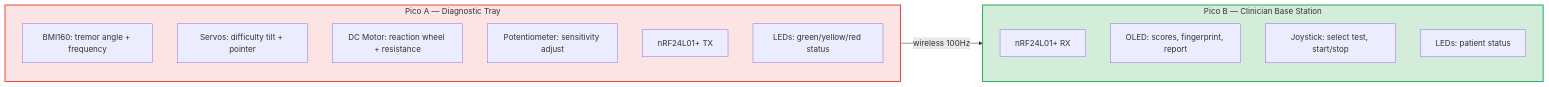
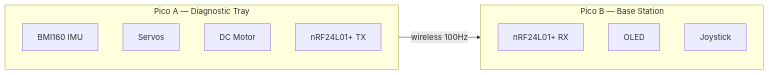
One commit to doyun-gu/hack-a-bot-2026 changed the second of 13 diagrams in docs/idea-shortlist-v2.md. Above: the diagram before and after it, drawn with Mermaid. The commit also changed other lines of this file and 3 other files, not shown here.

First line of the commit message:
Clean up diagrams + add EEE theory + ventilation application

````diff
--- a/docs/idea-shortlist-v2.md
+++ b/docs/idea-shortlist-v2.md
@@ -53,23 +51,17 @@
 ```mermaid
 graph LR
     subgraph TRAY["Pico A — Diagnostic Tray"]
-        T_IMU["BMI160: tremor angle + frequency"]
-        T_SERVO["Servos: difficulty tilt + pointer"]
-        T_MOTOR["DC Motor: reaction wheel + resistance"]
-        T_POT["Potentiometer: sensitivity adjust"]
-        T_NRF["nRF24L01+ TX"]
-        T_LED["LEDs: green/yellow/red status"]
+        T1[BMI160 IMU]
+        T2[Servos]
+        T3[DC Motor]
+        T4[nRF24L01+ TX]
     end
 
-    subgraph BASE["Pico B — Clinician Base Station"]
-        B_NRF["nRF24L01+ RX"]
-        B_OLED["OLED: scores, fingerprint, report"]
-        B_JOY["Joystick: select test, start/stop"]
-        B_LED["LEDs: patient status"]
+    subgraph BASE["Pico B — Base Station"]
+        B1[nRF24L01+ RX]
+        B2[OLED]
+        B3[Joystick]
     end
 
-    TRAY -->|"wireless 100Hz"| BASE
-
-    style TRAY fill:#fce4e4,stroke:#e74c3c,stroke-width:2px
-    style BASE fill:#d4edda,stroke:#27ae60,stroke-width:2px
+    TRAY -->|wireless 100Hz| BASE
 ```
````
